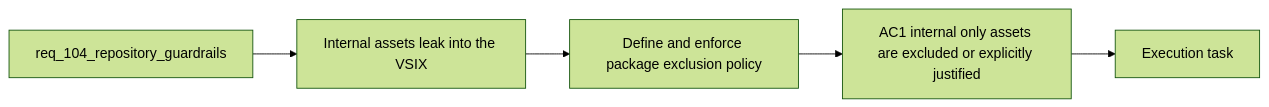
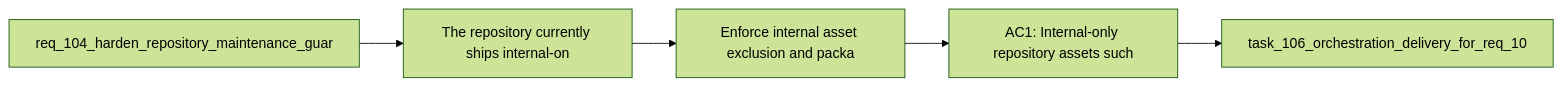
Before and after one commit to AlexAgo83/logics-manager: the diagram in logics/backlog/item_185_enforce_internal_asset_exclusion_and_package_validation_coverage.md, drawn with Mermaid (forest theme). The commit also changed 481 other files, not shown here.

````diff
--- a/logics/backlog/item_185_enforce_internal_asset_exclusion_and_package_validation_coverage.md
+++ b/logics/backlog/item_185_enforce_internal_asset_exclusion_and_package_validation_coverage.md
@@ -28,9 +28,9 @@
 ```mermaid
 %% logics-kind: backlog
 %% logics-signature: backlog|enforce-internal-asset-exclusion-and-pac|req-104-harden-repository-maintenance-gu|the-repository-currently-ships-internal-|ac1-internal-only-repository-assets-such
 flowchart LR
-    Request[req_104_repository_guardrails] --> Problem[Internal assets leak into the VSIX]
-    Problem --> Scope[Define and enforce package exclusion policy]
-    Scope --> Acceptance[AC1 internal only assets are excluded or explicitly justified]
-    Acceptance --> Tasks[Execution task]
+    Request[req_104_harden_repository_maintenance_guar] --> Problem[The repository currently ships internal-on]
+    Problem --> Scope[Enforce internal asset exclusion and packa]
+    Scope --> Acceptance[AC1: Internal-only repository assets such]
+    Acceptance --> Tasks[task_106_orchestration_delivery_for_req_10]
 ```
````
